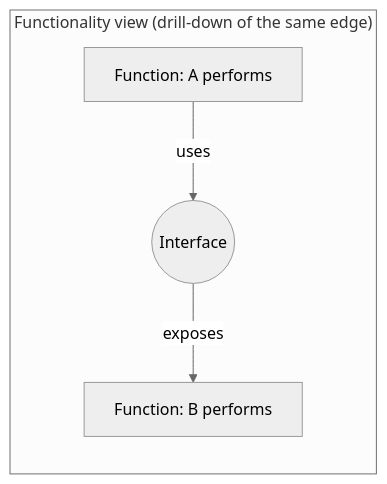
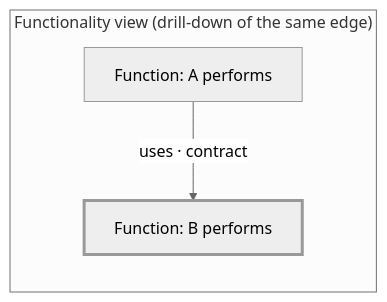
One commit to mykhailo-kulish/contour changed the fourth of 7 diagrams in contour.md. Above: the diagram before and after it, drawn with Mermaid (neutral theme). The commit also changed other lines of this file, not shown here.

First line of the commit message:
Draft Contour v0.4: fold Interface into Function and Component contracts

````diff
--- a/contour.md
+++ b/contour.md
@@ -309,7 +311,7 @@
 ```mermaid
 graph LR
     subgraph "Functionality view (drill-down of the same edge)"
-        FA[Function: A performs] -->|uses| IB(("Interface"))
-        IB -->|exposes| FB[Function: B performs]
+        FA[Function: A performs] -->|uses · contract| FB[Function: B performs]:::ext
     end
+    classDef ext stroke-width:3px
 ```
````
